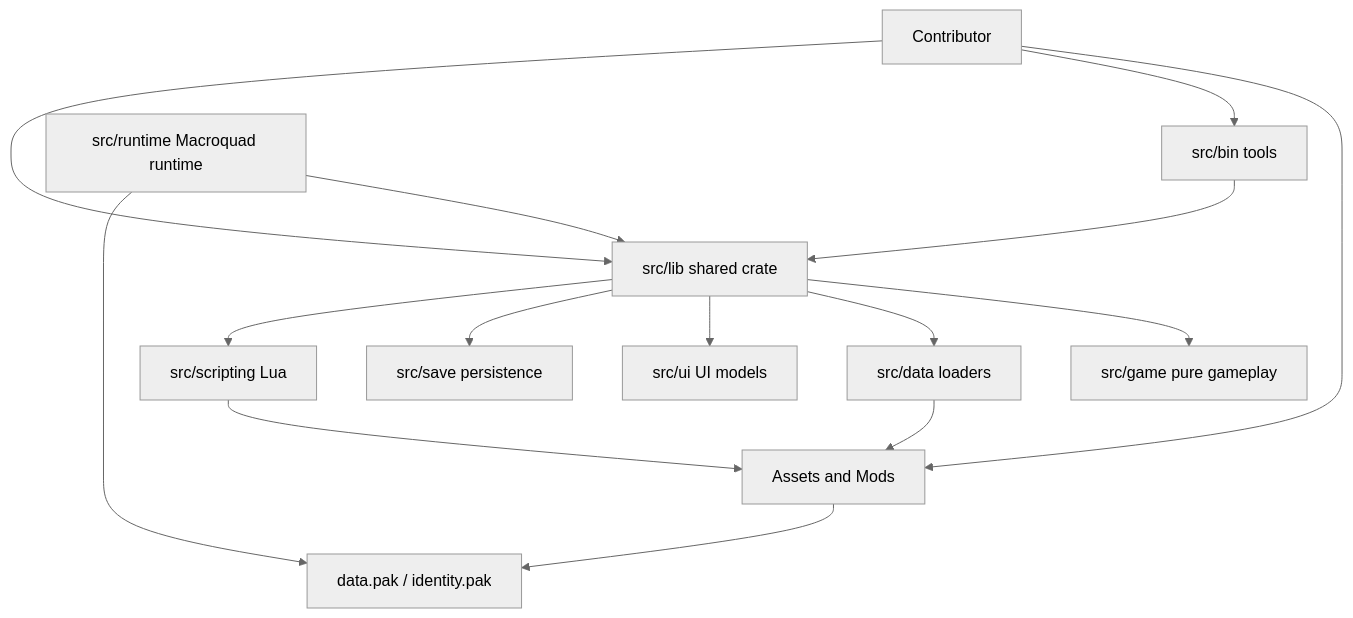
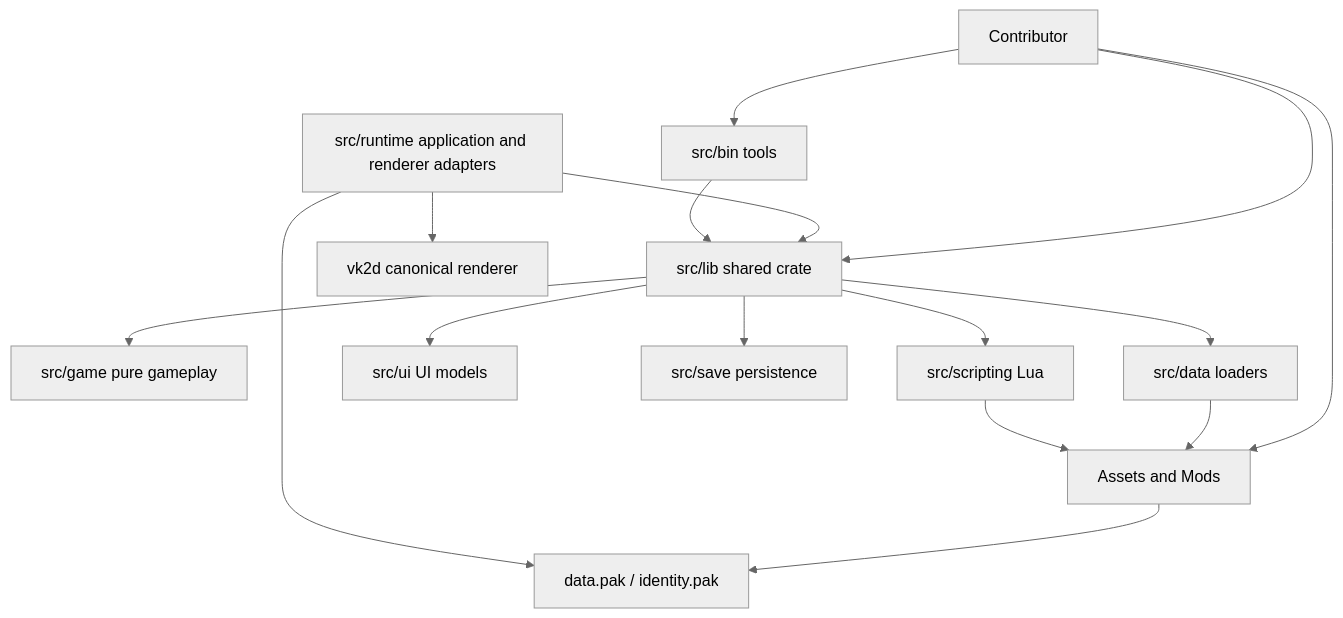
One commit to soulwax/EchoWiki changed the second of 2 diagrams in src/content/docs/pages/architecture.md. Above: the diagram before and after it, drawn with Mermaid (neutral theme). The commit also changed other lines of this file and 17 other files, not shown here.

Commit message:
docs: establish vk2d as canonical renderer

````diff
--- a/src/content/docs/pages/architecture.md
+++ b/src/content/docs/pages/architecture.md
@@ -53,29 +53,30 @@
 ```mermaid
 flowchart TB
     contributor[Contributor]
     assets[Assets and Mods]
     bins[src/bin tools]
     lib[src/lib shared crate]
-    runtime[src/runtime Macroquad runtime]
+    runtime[src/runtime application and renderer adapters]
     game[src/game pure gameplay]
     data[src/data loaders]
     ui[src/ui UI models]
     save[src/save persistence]
     script[src/scripting Lua]
     pack[data.pak / identity.pak]
 
     contributor --> assets
     contributor --> bins
     contributor --> lib
     lib --> game
     lib --> data
     lib --> ui
     lib --> save
     lib --> script
     runtime --> lib
     data --> assets
     script --> assets
     bins --> lib
     assets --> pack
     runtime --> pack
+    runtime --> renderer["vk2d canonical renderer"]
 ```
````
